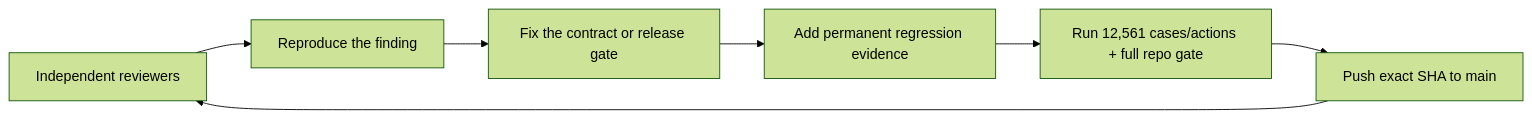
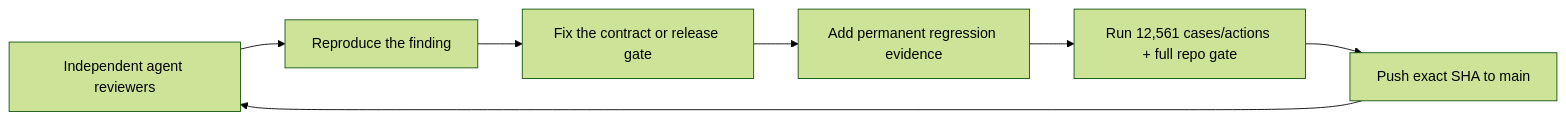
One commit to ackrate/ackrate-protocol-contracts changed the first of 4 diagrams in contracts/mainnet-v2/README.md. Above: the diagram before and after it, drawn with Mermaid (forest theme). The commit also changed other lines of this file, not shown here.

Commit message:
docs: state v2 agent evidence exactly

````diff
--- a/contracts/mainnet-v2/README.md
+++ b/contracts/mainnet-v2/README.md
@@ -173,9 +187,9 @@
 ```mermaid
 flowchart LR
-    A["Independent reviewers"] --> B["Reproduce the finding"]
+    A["Independent agent reviewers"] --> B["Reproduce the finding"]
     B --> C["Fix the contract or release gate"]
     C --> D["Add permanent regression evidence"]
     D --> E["Run 12,561 cases/actions + full repo gate"]
     E --> F["Push exact SHA to main"]
     F --> A
 ```
````
